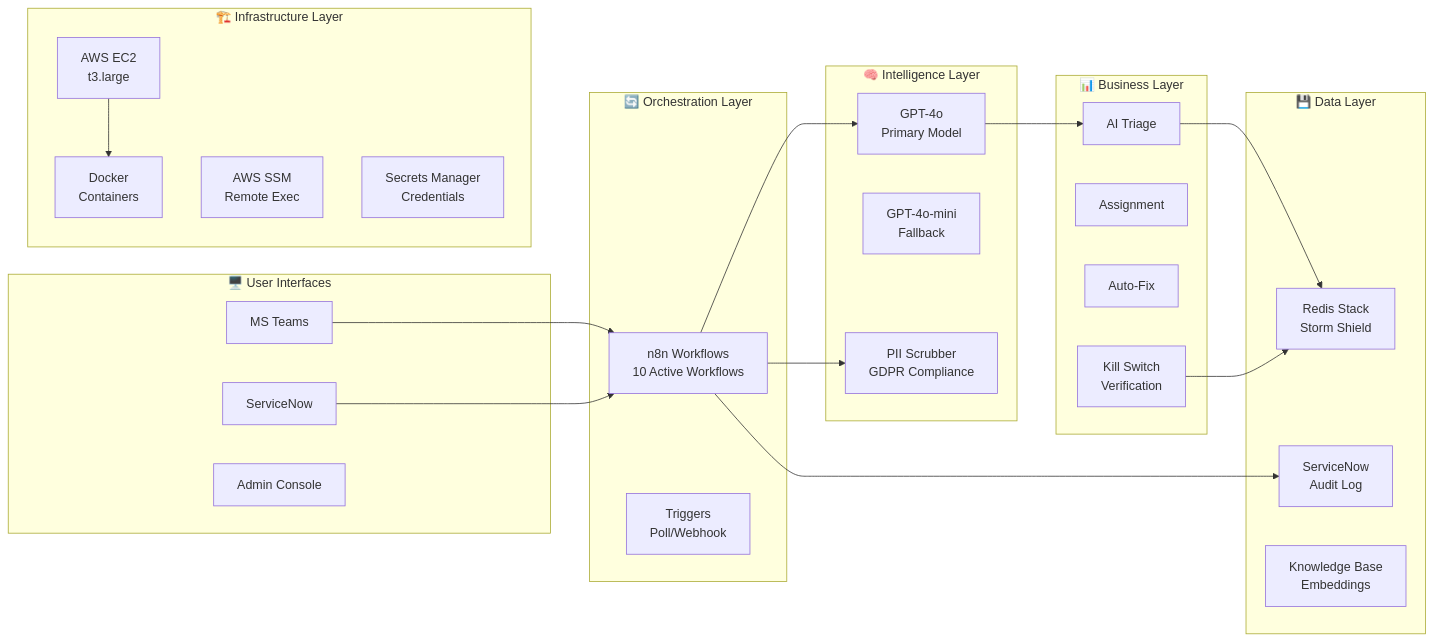
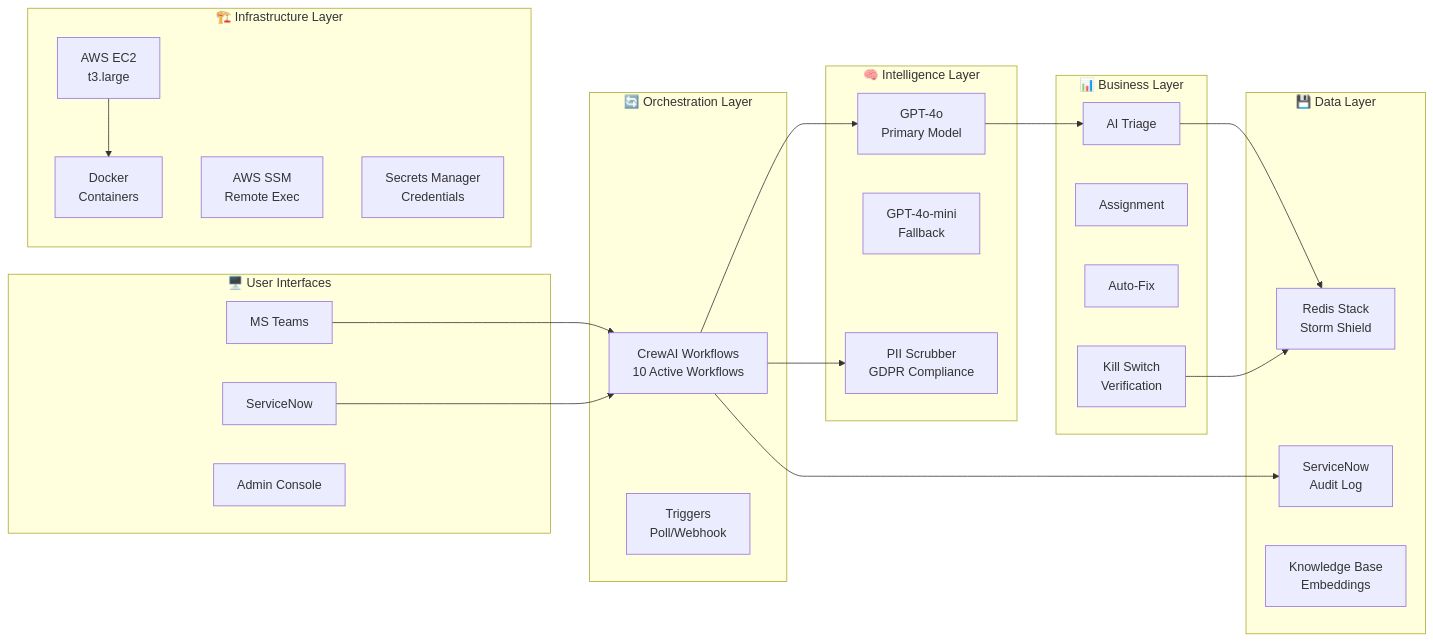
Before and after one commit to maniltns/AEGIS: diagram 14 of 16 in docs/implementation_plan.md, drawn with Mermaid. The commit also changed other lines of this file and 14 other files, not shown here.

Commit message:
docs: Add comprehensive documentation for AEGIS architecture, demo, setup, and executive insights, and update contributing guidelines for the Python/CrewAI agent stack.

````diff
--- a/docs/implementation_plan.md
+++ b/docs/implementation_plan.md
@@ -1080,49 +1080,49 @@
 ```mermaid
 graph LR
     subgraph "🖥️ User Interfaces"
         TEAMS["MS Teams"]
         SNOW_UI["ServiceNow"]
         ADMIN["Admin Console"]
     end
 
     subgraph "🔄 Orchestration Layer"
-        N8N["n8n Workflows<br/>10 Active Workflows"]
+        CrewAI["CrewAI Workflows<br/>10 Active Workflows"]
         TRIGGER["Triggers<br/>Poll/Webhook"]
     end
 
     subgraph "🧠 Intelligence Layer"
         LLM["GPT-4o<br/>Primary Model"]
         LLM_FALLBACK["GPT-4o-mini<br/>Fallback"]
         PII["PII Scrubber<br/>GDPR Compliance"]
     end
 
     subgraph "📊 Business Layer"
         TRIAGE["AI Triage"]
         ROUTING["Assignment"]
         REMEDIATION["Auto-Fix"]
         GOVERNANCE["Kill Switch<br/>Verification"]
     end
 
     subgraph "💾 Data Layer"
         REDIS["Redis Stack<br/>Storm Shield"]
         SNOW_DB["ServiceNow<br/>Audit Log"]
         KB["Knowledge Base<br/>Embeddings"]
     end
 
     subgraph "🏗️ Infrastructure Layer"
         EC2["AWS EC2<br/>t3.large"]
         DOCKER["Docker<br/>Containers"]
         SSM["AWS SSM<br/>Remote Exec"]
         SECRETS["Secrets Manager<br/>Credentials"]
     end
 
-    TEAMS --> N8N
-    SNOW_UI --> N8N
-    N8N --> LLM
-    N8N --> PII
+    TEAMS --> CrewAI
+    SNOW_UI --> CrewAI
+    CrewAI --> LLM
+    CrewAI --> PII
     LLM --> TRIAGE
     TRIAGE --> REDIS
     GOVERNANCE --> REDIS
-    N8N --> SNOW_DB
+    CrewAI --> SNOW_DB
     EC2 --> DOCKER
 ```
````
